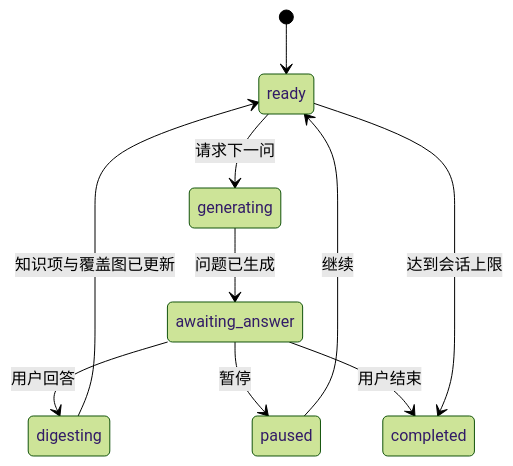
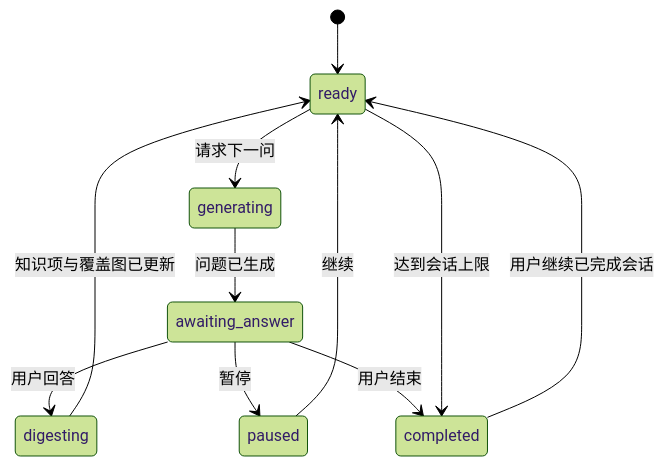
The first of 2 diagrams in docs/arch/interview-preparation.md (MonarchMan/JobHunter), drawn with Mermaid (forest theme) before and after one commit. The commit also changed other lines of this file and 72 other files, not shown here.

````diff
--- a/docs/arch/interview-preparation.md
+++ b/docs/arch/interview-preparation.md
@@ -213,12 +213,13 @@
 ```mermaid
 stateDiagram-v2
     [*] --> ready
     ready --> generating: 请求下一问
     generating --> awaiting_answer: 问题已生成
     awaiting_answer --> digesting: 用户回答
     digesting --> ready: 知识项与覆盖图已更新
     awaiting_answer --> paused: 暂停
     paused --> ready: 继续
     awaiting_answer --> completed: 用户结束
     ready --> completed: 达到会话上限
+    completed --> ready: 用户继续已完成会话
 ```
````
